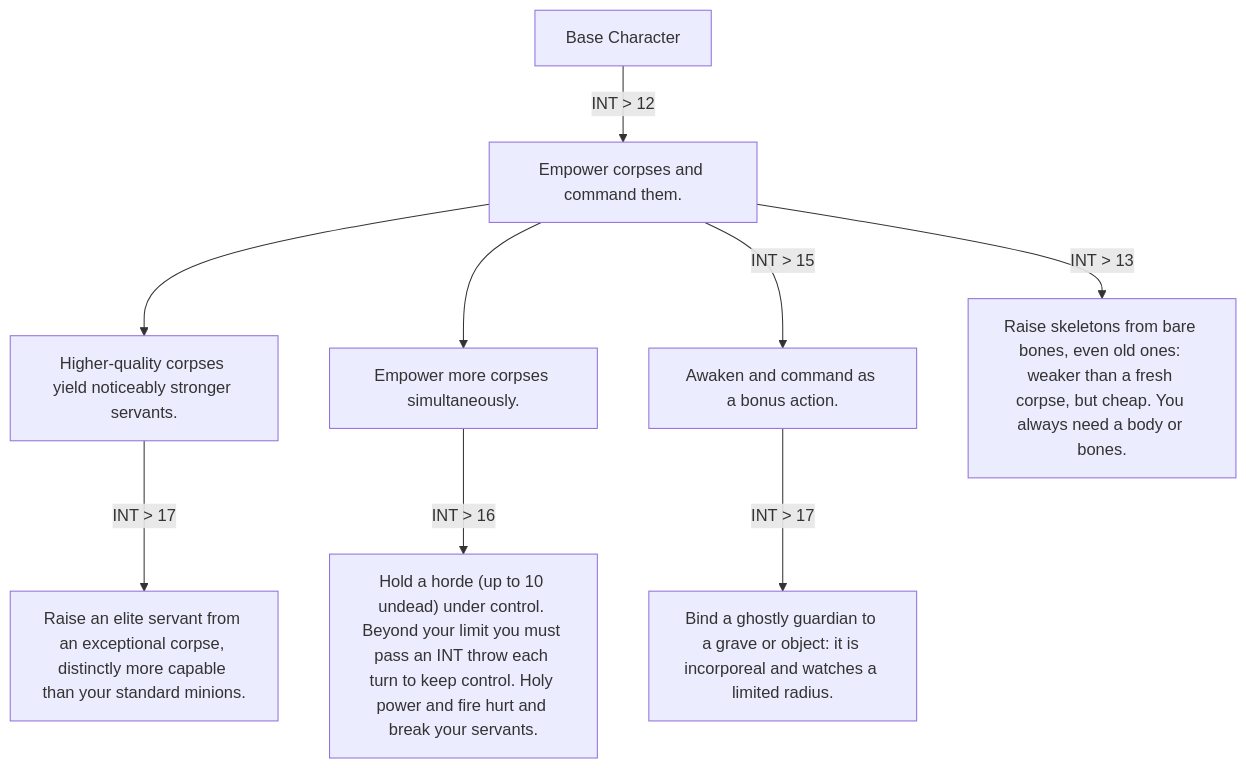
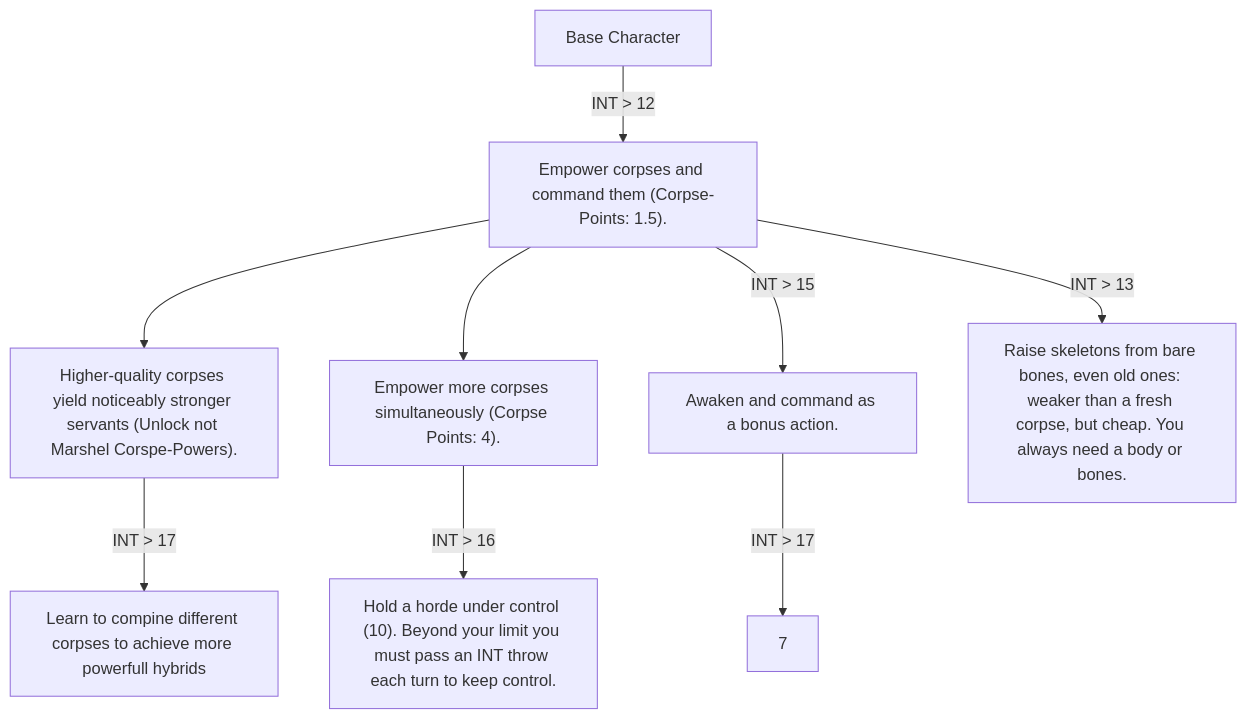
Before and after one commit to WiIdNeo/DnD-RealismHomeBrew: diagram 29 of 37 in Homebrew/Classes and Races/Classes/Class-Handbook.md, drawn with Mermaid. The commit also changed other lines of this file and 9 other files, not shown here.

````diff
--- a/Homebrew/Classes and Races/Classes/Class-Handbook.md
+++ b/Homebrew/Classes and Races/Classes/Class-Handbook.md
@@ -936,21 +929,20 @@
 ```mermaid
 flowchart TD
 
 A[Base Character]
 
-1["Empower corpses and command them."]
-2["Empower more corpses simultaneously."]
+1["Empower corpses and command them (Corpse-Points: 1.5)."]
+2["Empower more corpses simultaneously (Corpse Points: 4)."]
 3["Awaken and command as a bonus action."]
-4["Higher-quality corpses yield noticeably stronger servants."]
+4["Higher-quality corpses yield noticeably stronger servants (Unlock not Marshel Corspe-Powers)."]
 5["Raise skeletons from bare bones, even old ones: weaker than a fresh corpse, but cheap. You always need a body or bones."]
-6["Hold a horde (up to 10 undead) under control. Beyond your limit you must pass an INT throw each turn to keep control. Holy power and fire hurt and break your servants."]
-7["Bind a ghostly guardian to a grave or object: it is incorporeal and watches a limited radius."]
-8["Raise an elite servant from an exceptional corpse, distinctly more capable than your standard minions."]
+6["Hold a horde under control (10). Beyond your limit you must pass an INT throw each turn to keep control. "]
+8["Learn to compine different corpses to achieve more powerfull hybrids"]
 
 A --> |INT > 12|1 --> 4 --> |INT > 17|8
 1 --> 2
 1 --> |INT > 15|3
 1 --> |INT > 13|5
 2 --> |INT > 16|6
 3 --> |INT > 17|7
 ```
````
